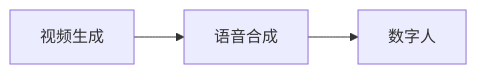
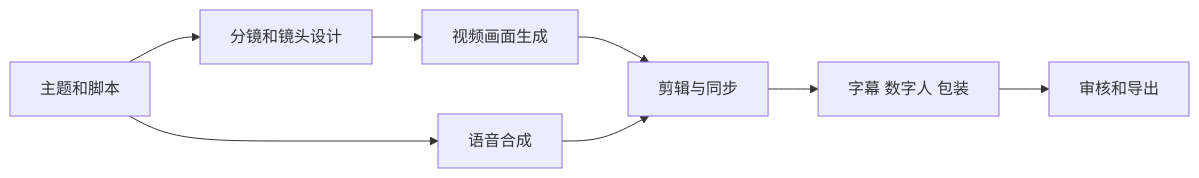
One commit to oudbiao/AI-fullstack-course changed the first of 3 diagrams in docs/stage10/ch03-video-gen/00-roadmap.md. Above: the diagram before and after it, drawn with Mermaid. The commit also changed other lines of this file and 95 other files, not shown here.

````diff
--- a/docs/stage10/ch03-video-gen/00-roadmap.md
+++ b/docs/stage10/ch03-video-gen/00-roadmap.md
@@ -16,5 +20,10 @@
 ```mermaid
 flowchart LR
-    A["视频生成"] --> B["语音合成"]
-    B --> C["数字人"]
+  A[主题和脚本] --> B[分镜和镜头设计]
+  B --> C[视频画面生成]
+  A --> D[语音合成]
+  C --> E[剪辑与同步]
+  D --> E
+  E --> F[字幕 数字人 包装]
+  F --> G[审核和导出]
 ```
````
